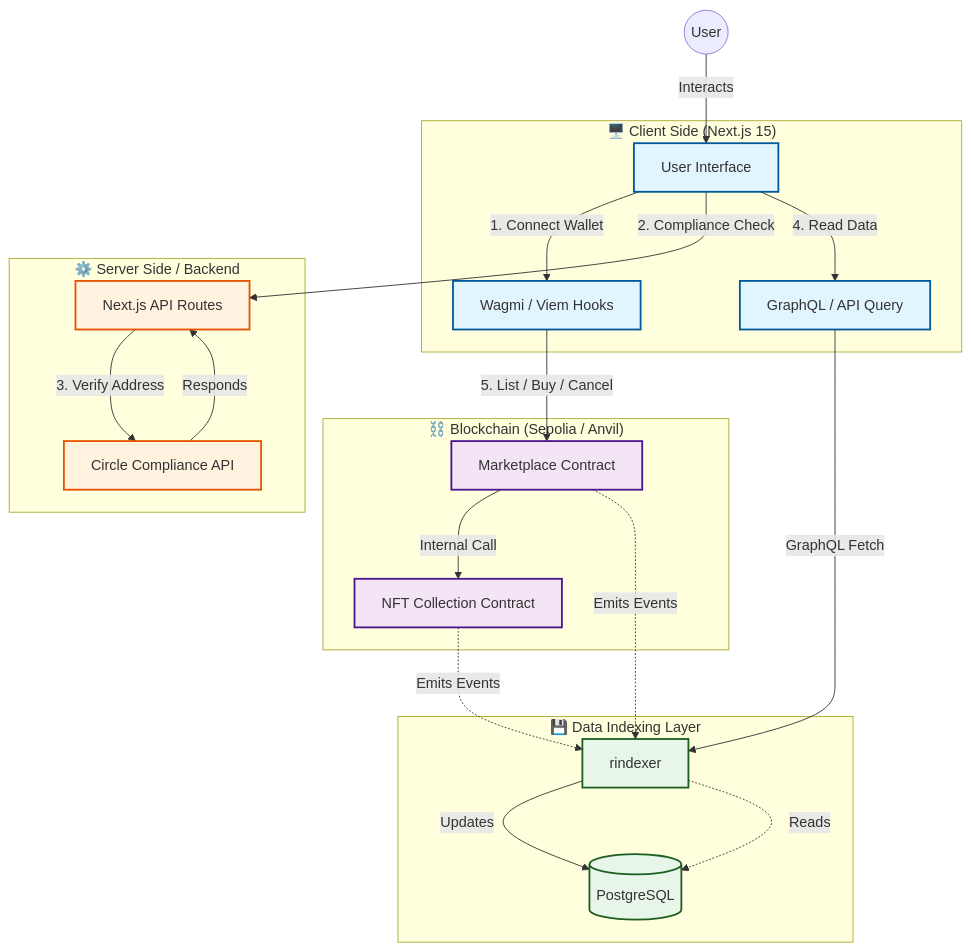
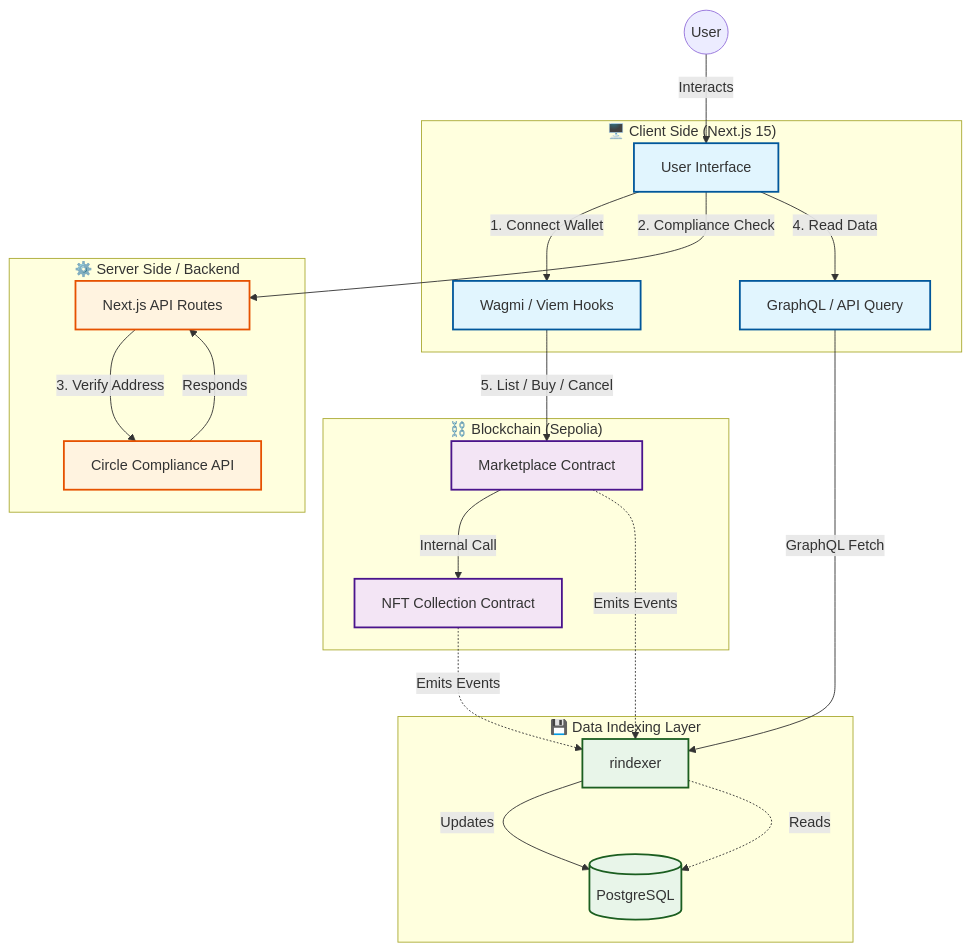
One commit to LazyBoneJC/Neon-Marketplace changed the first of 2 diagrams in README.md. Above: the diagram before and after it, drawn with Mermaid.

Commit message:
[docs] Fix README.md

````diff
--- a/README.md
+++ b/README.md
@@ -49,58 +49,58 @@
 ```mermaid
 graph TD
     subgraph Client Side ["🖥️ Client Side (Next.js 15)"]
         UI[User Interface]
         Hooks[Wagmi / Viem Hooks]
         Query[GraphQL / API Query]
     end
 
     subgraph Server Side ["⚙️ Server Side / Backend"]
         NextAPI[Next.js API Routes]
         Circle[Circle Compliance API]
     end
 
     subgraph Data Layer ["💾 Data Indexing Layer"]
         Indexer[rindexer]
         DB[(PostgreSQL)]
     end
 
-    subgraph Blockchain ["⛓️ Blockchain (Sepolia / Anvil)"]
+    subgraph Blockchain ["⛓️ Blockchain (Sepolia)"]
         Marketplace[Marketplace Contract]
         NFT[NFT Collection Contract]
     end
 
     %% User Interaction
     User((User)) -->|Interacts| UI
 
     %% Frontend Logic
     UI -->|1. Connect Wallet| Hooks
     UI -->|2. Compliance Check| NextAPI
     UI -->|4. Read Data| Query
 
     %% Backend Logic
     NextAPI -->|3. Verify Address| Circle
     Circle -- Responds --> NextAPI
 
     %% Blockchain Interaction
     Hooks -->|5. List / Buy / Cancel| Marketplace
     Marketplace -->|Internal Call| NFT
 
     %% Indexing Flow
     Marketplace -.->|Emits Events| Indexer
     NFT -.->|Emits Events| Indexer
     Indexer -->|Updates| DB
 
     %% Data Retrieval
     Query -->|GraphQL Fetch| Indexer
     Indexer -.->|Reads| DB
 
     classDef client fill:#e1f5fe,stroke:#01579b,stroke-width:2px;
     classDef server fill:#fff3e0,stroke:#e65100,stroke-width:2px;
     classDef blockchain fill:#f3e5f5,stroke:#4a148c,stroke-width:2px;
     classDef data fill:#e8f5e9,stroke:#1b5e20,stroke-width:2px;
 
     class UI,Hooks,Query client;
     class NextAPI,Circle server;
     class Marketplace,NFT blockchain;
     class Indexer,DB data;
 ```
````
